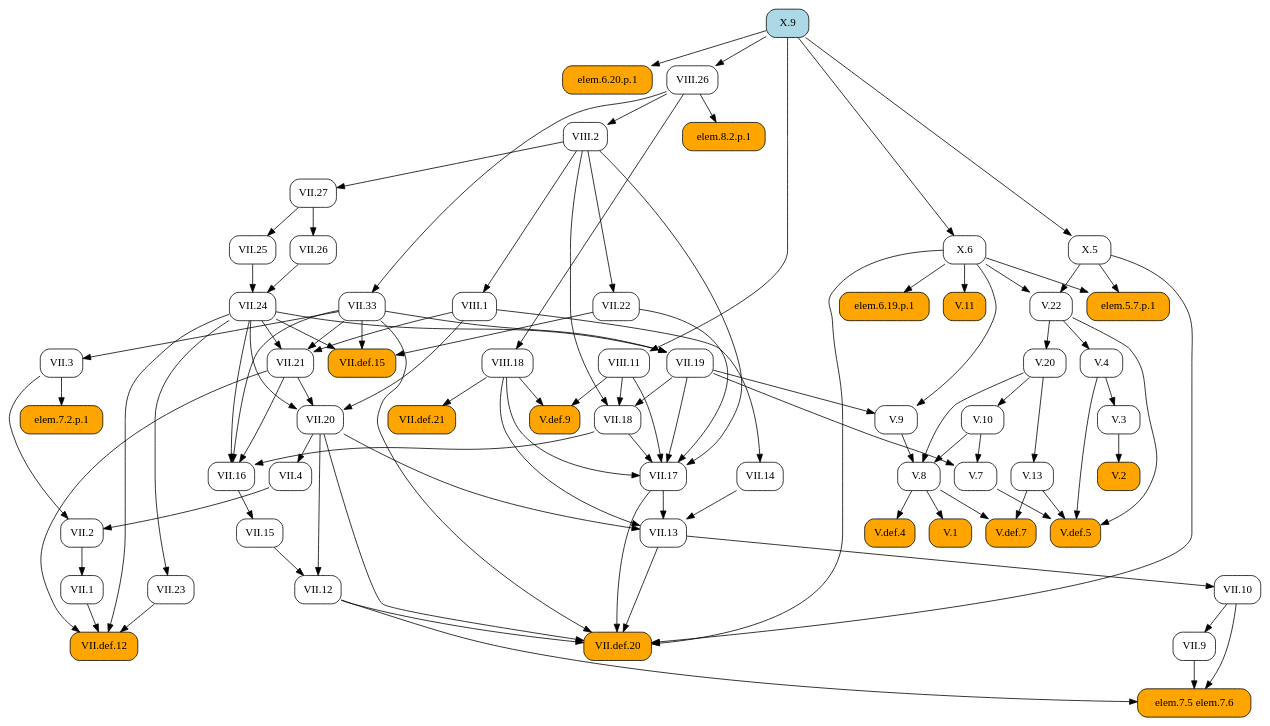
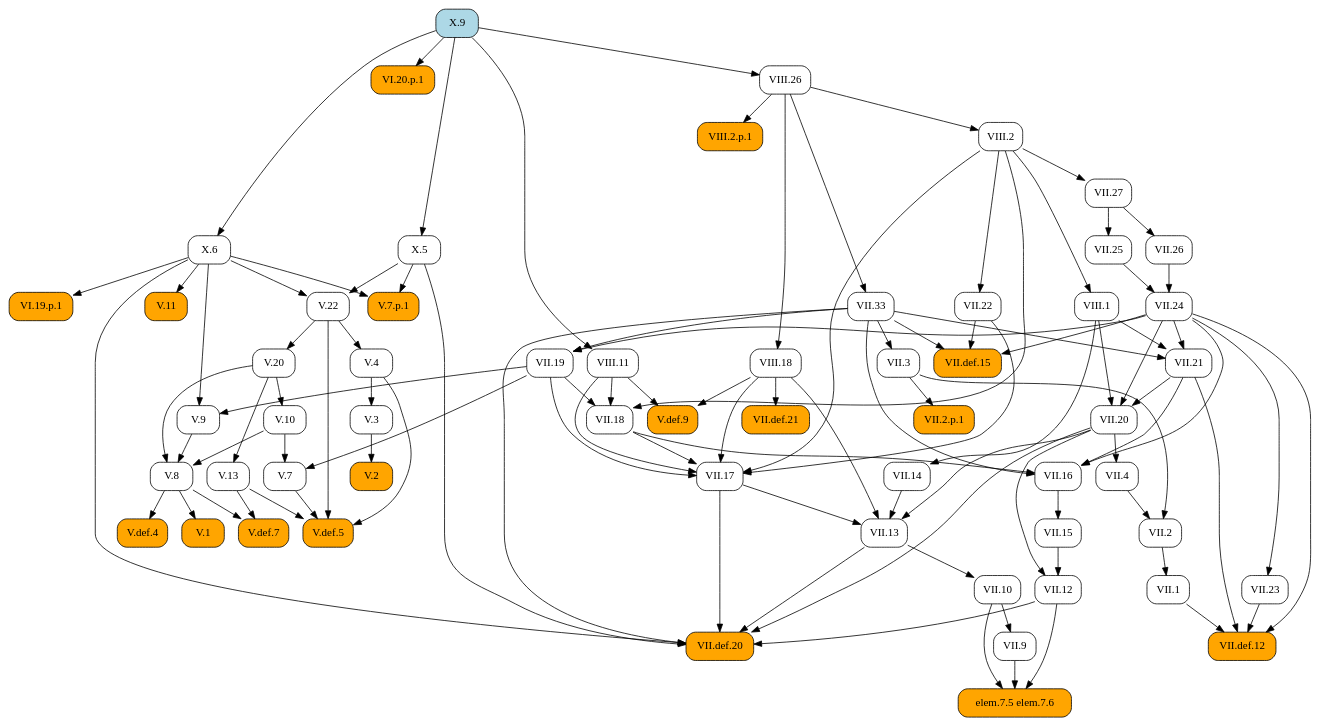
One commit to geometor/elements changed the diagram in docsrc/heath/X/9/index.rst. Above: the diagram before and after it, drawn with Graphviz. The commit also changed other lines of this file and 484 other files, not shown here.

```diff
--- a/docsrc/heath/X/9/index.rst
+++ b/docsrc/heath/X/9/index.rst
@@ -72,156 +78,115 @@
    digraph {
      rankdir="TB";
      node [shape=box, style=rounded];
-     "elem.6.20.p.1" [style="rounded,filled", fillcolor=orange];
-     "VII.1" [URL="/heath/VII/1/", target="_top"];
-     "VIII.26" [URL="/heath/VIII/26/", target="_top"];
+     "VII.33" [URL="/heath/VII/33/", target="_top"];
+     "VII.12" [URL="/heath/VII/12/", target="_top"];
+     "elem.7.5 elem.7.6" [style="rounded,filled", fillcolor=orange];
+     "X.9" [style="rounded,filled", fillcolor=lightblue, URL="/heath/X/9/", target="_top"];
      "VII.9" [URL="/heath/VII/9/", target="_top"];
-     "X.9" [style="rounded,filled", fillcolor=lightblue, URL="/heath/X/9/", target="_top"];
+     "V.13" [URL="/heath/V/13/", target="_top"];
+     "VIII.2" [URL="/heath/VIII/2/", target="_top"];
+     "VII.18" [URL="/heath/VII/18/", target="_top"];
+     "VII.16" [URL="/heath/VII/16/", target="_top"];
+     "V.7" [URL="/heath/V/7/", target="_top"];
+     "V.7.p.1" [style="rounded,filled", fillcolor=orange];
+     "VII.26" [URL="/heath/VII/26/", target="_top"];
      "V.def.5" [style="rounded,filled", fillcolor=orange, URL="/heath/V/def.5/", target="_top"];
-     "V.22" [URL="/heath/V/22/", target="_top"];
      "X.6" [URL="/heath/X/6/", target="_top"];
+     "V.9" [URL="/heath/V/9/", target="_top"];
+     "VII.10" [URL="/heath/VII/10/", target="_top"];
+     "VII.13" [URL="/heath/VII/13/", target="_top"];
+     "VIII.18" [URL="/heath/VIII/18/", target="_top"];
+     "V.10" [URL="/heath/V/10/", target="_top"];
+     "V.4" [URL="/heath/V/4/", target="_top"];
+     "VII.def.15" [style="rounded,filled", fillcolor=orange, URL="/heath/VII/def.15/", target="_top"];
      "V.20" [URL="/heath/V/20/", target="_top"];
-     "V.10" [URL="/heath/V/10/", target="_top"];
+     "VI.20.p.1" [style="rounded,filled", fillcolor=orange];
      "V.11" [style="rounded,filled", fillcolor=orange, URL="/heath/V/11/", target="_top"];
+     "VIII.2.p.1" [style="rounded,filled", fillcolor=orange];
      "VII.17" [URL="/heath/VII/17/", target="_top"];
-     "VII.3" [URL="/heath/VII/3/", target="_top"];
-     "V.13" [URL="/heath/V/13/", target="_top"];
-     "elem.7.5 elem.7.6" [style="rounded,filled", fillcolor=orange];
-     "VII.def.21" [style="rounded,filled", fillcolor=orange, URL="/heath/VII/def.21/", target="_top"];
-     "V.7" [URL="/heath/V/7/", target="_top"];
-     "V.9" [URL="/heath/V/9/", target="_top"];
-     "VII.13" [URL="/heath/VII/13/", target="_top"];
+     "VIII.11" [URL="/heath/VIII/11/", target="_top"];
+     "VII.19" [URL="/heath/VII/19/", target="_top"];
+     "VII.def.20" [style="rounded,filled", fillcolor=orange, URL="/heath/VII/def.20/", target="_top"];
      "VII.2" [URL="/heath/VII/2/", target="_top"];
-     "VIII.1" [URL="/heath/VIII/1/", target="_top"];
-     "VIII.2" [URL="/heath/VIII/2/", target="_top"];
-     "V.3" [URL="/heath/V/3/", target="_top"];
-     "VII.12" [URL="/heath/VII/12/", target="_top"];
-     "VII.24" [URL="/heath/VII/24/", target="_top"];
-     "elem.6.19.p.1" [style="rounded,filled", fillcolor=orange];
-     "V.8" [URL="/heath/V/8/", target="_top"];
-     "VII.def.12" [style="rounded,filled", fillcolor=orange, URL="/heath/VII/def.12/", target="_top"];
-     "VII.33" [URL="/heath/VII/33/", target="_top"];
-     "V.def.9" [style="rounded,filled", fillcolor=orange, URL="/heath/V/def.9/", target="_top"];
-     "elem.7.2.p.1" [style="rounded,filled", fillcolor=orange];
-     "VIII.18" [URL="/heath/VIII/18/", target="_top"];
-     "VII.10" [URL="/heath/VII/10/", target="_top"];
-     "VII.def.15" [style="rounded,filled", fillcolor=orange, URL="/heath/VII/def.15/", target="_top"];
-     "VII.18" [URL="/heath/VII/18/", target="_top"];
-     "VII.19" [URL="/heath/VII/19/", target="_top"];
-     "VIII.11" [URL="/heath/VIII/11/", target="_top"];
-     "VII.16" [URL="/heath/VII/16/", target="_top"];
-     "V.4" [URL="/heath/V/4/", target="_top"];
-     "elem.5.7.p.1" [style="rounded,filled", fillcolor=orange];
-     "VII.26" [URL="/heath/VII/26/", target="_top"];
-     "VII.4" [URL="/heath/VII/4/", target="_top"];
-     "VII.25" [URL="/heath/VII/25/", target="_top"];
-     "VII.21" [URL="/heath/VII/21/", target="_top"];
-     "V.1" [style="rounded,filled", fillcolor=orange, URL="/heath/V/1/", target="_top"];
-     "VII.20" [URL="/heath/VII/20/", target="_top"];
-     "X.5" [URL="/heath/X/5/", target="_top"];
-     "VII.27" [URL="/heath/VII/27/", target="_top"];
-     "VII.14" [URL="/heath/VII/14/", target="_top"];
+     "VII.15" [URL="/heath/VII/15/", target="_top"];
+     "VII.2.p.1" [style="rounded,filled", fillcolor=orange];
      "V.def.4" [style="rounded,filled", fillcolor=orange, URL="/heath/V/def.4/", target="_top"];
      "V.2" [style="rounded,filled", fillcolor=orange, URL="/heath/V/2/", target="_top"];
+     "V.def.7" [style="rounded,filled", fillcolor=orange, URL="/heath/V/def.7/", target="_top"];
+     "VII.14" [URL="/heath/VII/14/", target="_top"];
+     "V.3" [URL="/heath/V/3/", target="_top"];
+     "VII.27" [URL="/heath/VII/27/", target="_top"];
+     "X.5" [URL="/heath/X/5/", target="_top"];
+     "VII.21" [URL="/heath/VII/21/", target="_top"];
+     "VI.19.p.1" [style="rounded,filled", fillcolor=orange];
      "VII.22" [URL="/heath/VII/22/", target="_top"];
-     "V.def.7" [style="rounded,filled", fillcolor=orange, URL="/heath/V/def.7/", target="_top"];
+     "VII.25" [URL="/heath/VII/25/", target="_top"];
+     "VIII.1" [URL="/heath/VIII/1/", target="_top"];
+     "VII.1" [URL="/heath/VII/1/", target="_top"];
+     "V.8" [URL="/heath/V/8/", target="_top"];
      "VII.23" [URL="/heath/VII/23/", target="_top"];
-     "VII.15" [URL="/heath/VII/15/", target="_top"];
-     "VII.def.20" [style="rounded,filled", fillcolor=orange, URL="/heath/VII/def.20/", target="_top"];
-     "elem.8.2.p.1" [style="rounded,filled", fillcolor=orange];
-     "X.9" -> "elem.6.20.p.1";
-     "VII.2" -> "VII.1";
-     "X.9" -> "VIII.26";
+     "VII.4" [URL="/heath/VII/4/", target="_top"];
+     "VII.20" [URL="/heath/VII/20/", target="_top"];
+     "VII.def.12" [style="rounded,filled", fillcolor=orange, URL="/heath/VII/def.12/", target="_top"];
+     "V.22" [URL="/heath/V/22/", target="_top"];
+     "V.1" [style="rounded,filled", fillcolor=orange, URL="/heath/V/1/", target="_top"];
+     "V.def.9" [style="rounded,filled", fillcolor=orange, URL="/heath/V/def.9/", target="_top"];
+     "VII.3" [URL="/heath/VII/3/", target="_top"];
+     "VII.24" [URL="/heath/VII/24/", target="_top"];
+     "VIII.26" [URL="/heath/VIII/26/", target="_top"];
+     "VII.def.21" [style="rounded,filled", fillcolor=orange, URL="/heath/VII/def.21/", target="_top"];
+     "VIII.26" -> "VII.33";
+     "VII.15" -> "VII.12";
+     "VII.20" -> "VII.12";
+     "VII.9" -> "elem.7.5 elem.7.6";
+     "VII.10" -> "elem.7.5 elem.7.6";
+     "VII.12" -> "elem.7.5 elem.7.6";
      "VII.10" -> "VII.9";
+     "V.20" -> "V.13";
+     "VIII.26" -> "VIII.2";
+     "VII.19" -> "VII.18";
+     "VIII.2" -> "VII.18";
+     "VIII.11" -> "VII.18";
+     "VII.18" -> "VII.16";
+     "VII.21" -> "VII.16";
+     "VII.24" -> "VII.16";
+     "VII.33" -> "VII.16";
+     "V.10" -> "V.7";
+     "VII.19" -> "V.7";
+     "X.5" -> "V.7.p.1";
+     "X.6" -> "V.7.p.1";
+     "VII.27" -> "VII.26";
      "V.4" -> "V.def.5";
      "V.7" -> "V.def.5";
      "V.13" -> "V.def.5";
      "V.22" -> "V.def.5";
-     "X.5" -> "V.22";
-     "X.6" -> "V.22";
      "X.9" -> "X.6";
+     "VII.19" -> "V.9";
+     "X.6" -> "V.9";
+     "VII.13" -> "VII.10";
+     "VII.14" -> "VII.13";
+     "VII.17" -> "VII.13";
+     "VII.20" -> "VII.13";
+     "VIII.18" -> "VII.13";
+     "VIII.26" -> "VIII.18";
+     "V.20" -> "V.10";
+     "V.22" -> "V.4";
+     "VII.22" -> "VII.def.15";
+     "VII.24" -> "VII.def.15";
+     "VII.33" -> "VII.def.15";
      "V.22" -> "V.20";
-     "V.20" -> "V.10";
+     "X.9" -> "VI.20.p.1";
      "X.6" -> "V.11";
+     "VIII.26" -> "VIII.2.p.1";
      "VII.18" -> "VII.17";
      "VII.19" -> "VII.17";
      "VII.22" -> "VII.17";
      "VIII.2" -> "VII.17";
      "VIII.11" -> "VII.17";
      "VIII.18" -> "VII.17";
-     "VII.33" -> "VII.3";
-     "V.20" -> "V.13";
-     "VII.9" -> "elem.7.5 elem.7.6";
-     "VII.10" -> "elem.7.5 elem.7.6";
-     "VII.12" -> "elem.7.5 elem.7.6";
-     "VIII.18" -> "VII.def.21";
-     "V.10" -> "V.7";
-     "VII.19" -> "V.7";
-     "VII.19" -> "V.9";
-     "X.6" -> "V.9";
-     "VII.14" -> "VII.13";
-     "VII.17" -> "VII.13";
-     "VII.20" -> "VII.13";
-     "VIII.18" -> "VII.13";
-     "VII.3" -> "VII.2";
-     "VII.4" -> "VII.2";
-     "VIII.2" -> "VIII.1";
-     "VIII.26" -> "VIII.2";
-     "V.4" -> "V.3";
-     "VII.15" -> "VII.12";
-     "VII.20" -> "VII.12";
-     "VII.25" -> "VII.24";
-     "VII.26" -> "VII.24";
-     "X.6" -> "elem.6.19.p.1";
-     "V.9" -> "V.8";
-     "V.10" -> "V.8";
-     "V.20" -> "V.8";
-     "VII.1" -> "VII.def.12";
-     "VII.21" -> "VII.def.12";
-     "VII.23" -> "VII.def.12";
-     "VII.24" -> "VII.def.12";
-     "VIII.26" -> "VII.33";
-     "VIII.11" -> "V.def.9";
-     "VIII.18" -> "V.def.9";
-     "VII.3" -> "elem.7.2.p.1";
-     "VIII.26" -> "VIII.18";
-     "VII.13" -> "VII.10";
-     "VII.22" -> "VII.def.15";
-     "VII.24" -> "VII.def.15";
-     "VII.33" -> "VII.def.15";
-     "VII.19" -> "VII.18";
-     "VIII.2" -> "VII.18";
-     "VIII.11" -> "VII.18";
+     "X.9" -> "VIII.11";
      "VII.24" -> "VII.19";
      "VII.33" -> "VII.19";
-     "X.9" -> "VIII.11";
-     "VII.18" -> "VII.16";
-     "VII.21" -> "VII.16";
-     "VII.24" -> "VII.16";
-     "VII.33" -> "VII.16";
-     "V.22" -> "V.4";
-     "X.5" -> "elem.5.7.p.1";
-     "X.6" -> "elem.5.7.p.1";
-     "VII.27" -> "VII.26";
-     "VII.20" -> "VII.4";
-     "VII.27" -> "VII.25";
-     "VII.24" -> "VII.21";
-     "VII.33" -> "VII.21";
-     "VIII.1" -> "VII.21";
-     "V.8" -> "V.1";
-     "VII.21" -> "VII.20";
-     "VII.24" -> "VII.20";
-     "VIII.1" -> "VII.20";
-     "X.9" -> "X.5";
-     "VIII.2" -> "VII.27";
-     "VIII.1" -> "VII.14";
-     "V.8" -> "V.def.4";
-     "V.3" -> "V.2";
-     "VIII.2" -> "VII.22";
-     "V.8" -> "V.def.7";
-     "V.13" -> "V.def.7";
-     "VII.24" -> "VII.23";
-     "VII.16" -> "VII.15";
      "VII.12" -> "VII.def.20";
      "VII.13" -> "VII.def.20";
      "VII.17" -> "VII.def.20";
@@ -229,5 +194,46 @@
      "VII.33" -> "VII.def.20";
      "X.5" -> "VII.def.20";
      "X.6" -> "VII.def.20";
-     "VIII.26" -> "elem.8.2.p.1";
+     "VII.3" -> "VII.2";
+     "VII.4" -> "VII.2";
+     "VII.16" -> "VII.15";
+     "VII.3" -> "VII.2.p.1";
+     "V.8" -> "V.def.4";
+     "V.3" -> "V.2";
+     "V.8" -> "V.def.7";
+     "V.13" -> "V.def.7";
+     "VIII.1" -> "VII.14";
+     "V.4" -> "V.3";
+     "VIII.2" -> "VII.27";
+     "X.9" -> "X.5";
+     "VII.24" -> "VII.21";
+     "VII.33" -> "VII.21";
+     "VIII.1" -> "VII.21";
+     "X.6" -> "VI.19.p.1";
+     "VIII.2" -> "VII.22";
+     "VII.27" -> "VII.25";
+     "VIII.2" -> "VIII.1";
+     "VII.2" -> "VII.1";
+     "V.9" -> "V.8";
+     "V.10" -> "V.8";
+     "V.20" -> "V.8";
+     "VII.24" -> "VII.23";
+     "VII.20" -> "VII.4";
+     "VII.21" -> "VII.20";
+     "VII.24" -> "VII.20";
+     "VIII.1" -> "VII.20";
+     "VII.1" -> "VII.def.12";
+     "VII.21" -> "VII.def.12";
+     "VII.23" -> "VII.def.12";
+     "VII.24" -> "VII.def.12";
+     "X.5" -> "V.22";
+     "X.6" -> "V.22";
+     "V.8" -> "V.1";
+     "VIII.11" -> "V.def.9";
+     "VIII.18" -> "V.def.9";
+     "VII.33" -> "VII.3";
+     "VII.25" -> "VII.24";
+     "VII.26" -> "VII.24";
+     "X.9" -> "VIII.26";
+     "VIII.18" -> "VII.def.21";
    }
```
